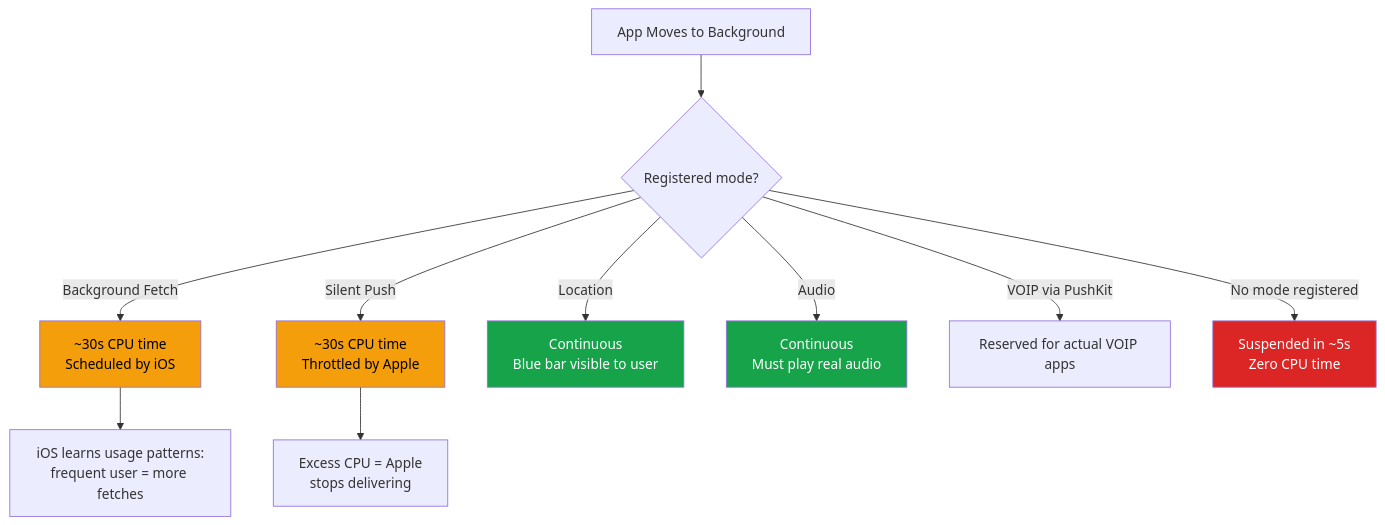
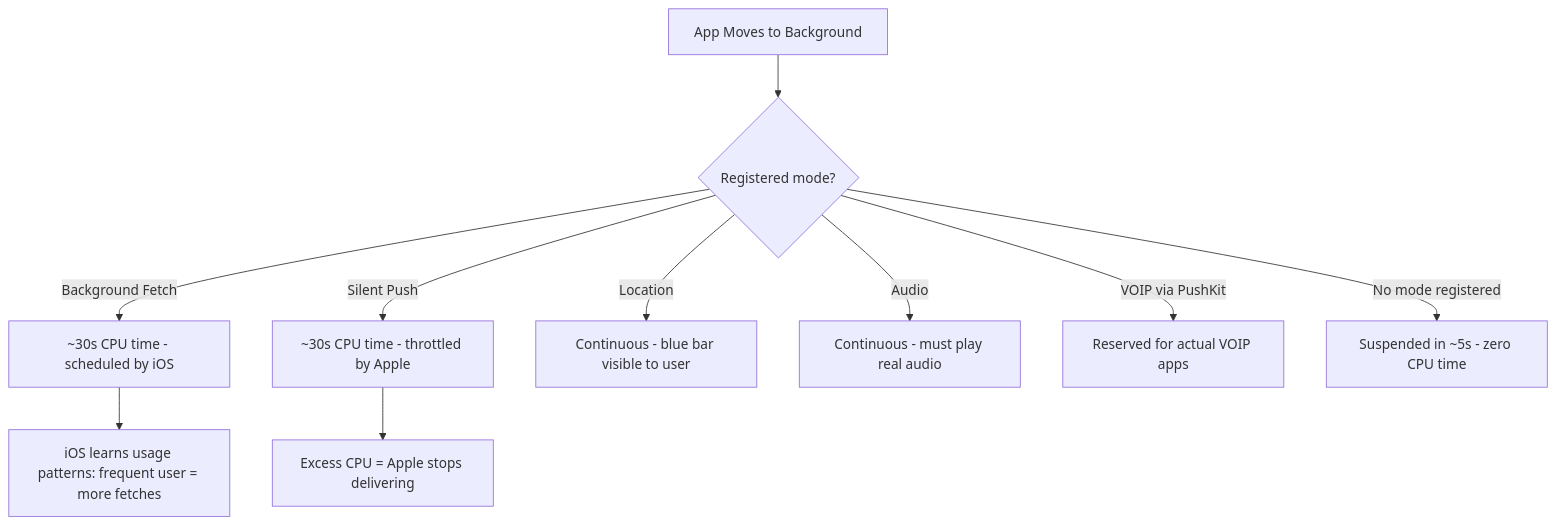
The sixth of 7 diagrams in arguments/chapters/rn-17-push-background.md (BabaScience/react-guides), drawn with Mermaid before and after one commit. The commit also changed other lines of this file and 63 other files, not shown here.

First line of the commit message:
Enrich React Native roadmap with deeper content, visuals, and FR/IT translations

````diff
--- a/arguments/chapters/rn-17-push-background.md
+++ b/arguments/chapters/rn-17-push-background.md
@@ -355,19 +533,13 @@
 ```mermaid
 flowchart TD
     A[App Moves to Background] --> B{Registered mode?}
-    B -->|Background Fetch| C["~30s CPU time\nScheduled by iOS"]
-    B -->|Silent Push| D["~30s CPU time\nThrottled by Apple"]
-    B -->|Location| E["Continuous\nBlue bar visible to user"]
-    B -->|Audio| F["Continuous\nMust play real audio"]
-    B -->|VOIP via PushKit| G["Reserved for actual VOIP apps"]
-    B -->|No mode registered| H["Suspended in ~5s\nZero CPU time"]
+    B -->|Background Fetch| C[~30s CPU time - scheduled by iOS]
+    B -->|Silent Push| D[~30s CPU time - throttled by Apple]
+    B -->|Location| E[Continuous - blue bar visible to user]
+    B -->|Audio| F[Continuous - must play real audio]
+    B -->|VOIP via PushKit| G[Reserved for actual VOIP apps]
+    B -->|No mode registered| H[Suspended in ~5s - zero CPU time]
 
-    C --> I["iOS learns usage patterns:\nfrequent user = more fetches"]
-    D --> J["Excess CPU = Apple\nstops delivering"]
-
-    style H fill:#dc2626,color:#fff
-    style C fill:#f59e0b,color:#000
-    style D fill:#f59e0b,color:#000
-    style E fill:#16a34a,color:#fff
-    style F fill:#16a34a,color:#fff
+    C --> I[iOS learns usage patterns: frequent user = more fetches]
+    D --> J[Excess CPU = Apple stops delivering]
 ```
````
